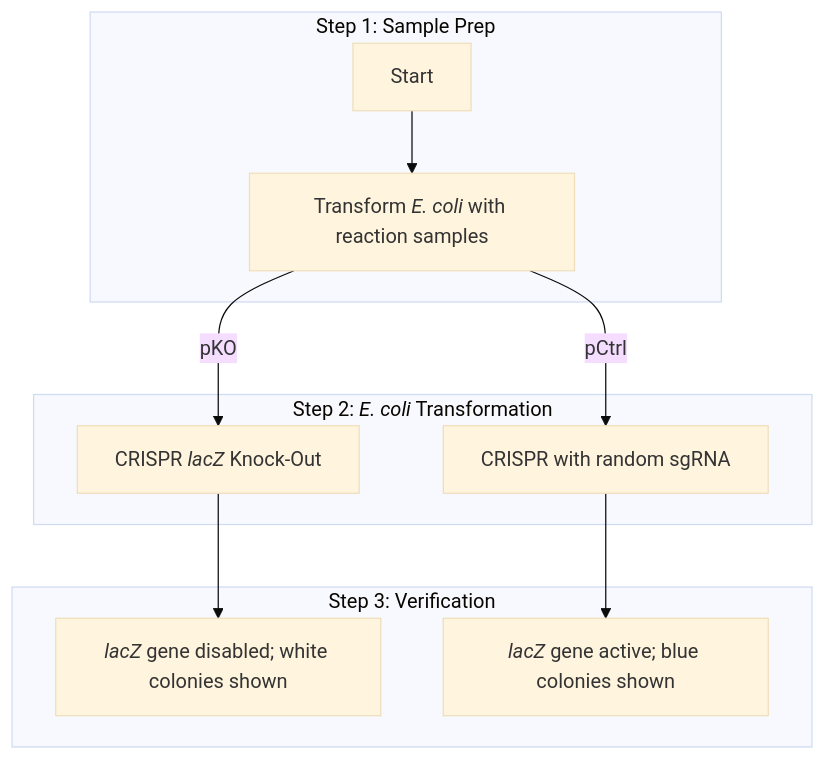
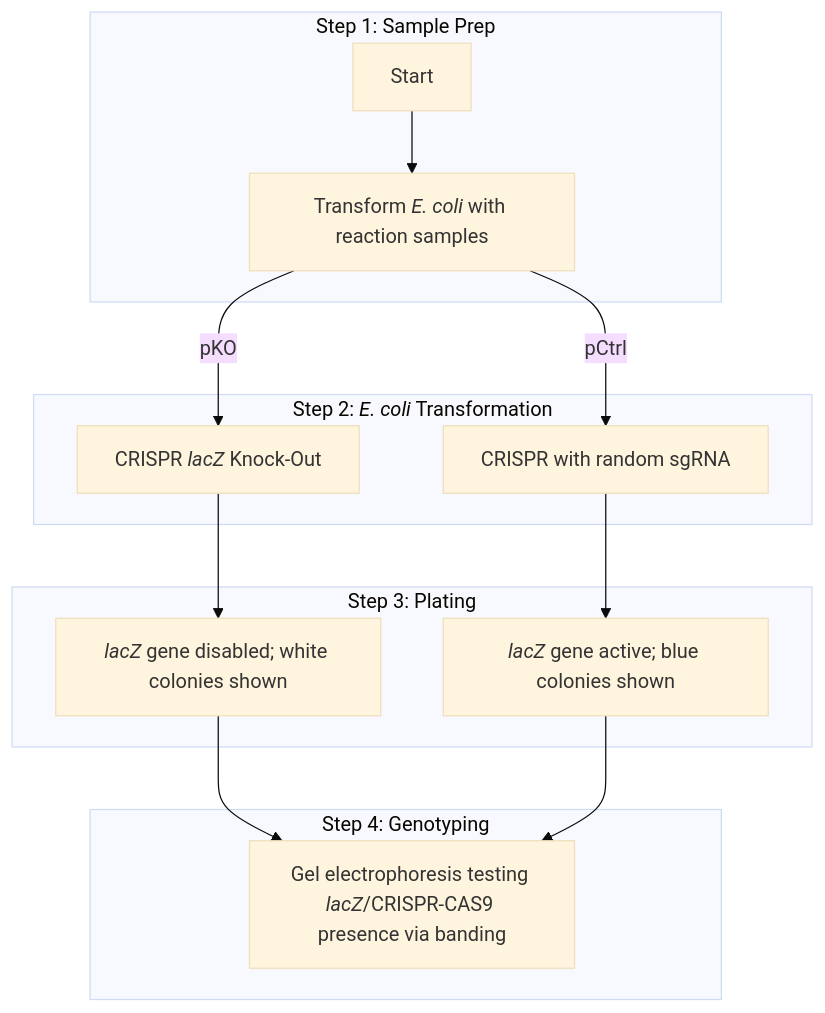
The diagram in lab_app_reports/crispr_cancer/ca.qmd (lynma01/lab_reports), drawn with Mermaid (base theme) before and after one commit. The commit also changed other lines of this file and 9 other files, not shown here.

````diff
--- a/lab_app_reports/crispr_cancer/ca.qmd
+++ b/lab_app_reports/crispr_cancer/ca.qmd
@@ -16,16 +21,20 @@
 ```{mermaid}
 flowchart TD
     subgraph "Step 1: Sample Prep"
     A[Start] --> B["`Transform *E. coli* with reaction samples`"]
     end
 
     subgraph "`Step 2: *E. coli* Transformation`"
     B --> |pKO| C["`CRISPR *lacZ* Knock-Out`"]
     B --> |pCtrl| F[CRISPR with random sgRNA]
     end
 
-    subgraph "Step 3: Verification"
+    subgraph "Step 3: Plating"
     C --> D["`*lacZ* gene disabled; white colonies shown`"]
     F --> G["`*lacZ* gene active; blue colonies shown`"]
     end
+
+    subgraph "Step 4: Genotyping"
+    D & G --> E["`Gel electrophoresis testing *lacZ*/CRISPR-CAS9 presence via banding`"]
+    end
 ```
````
